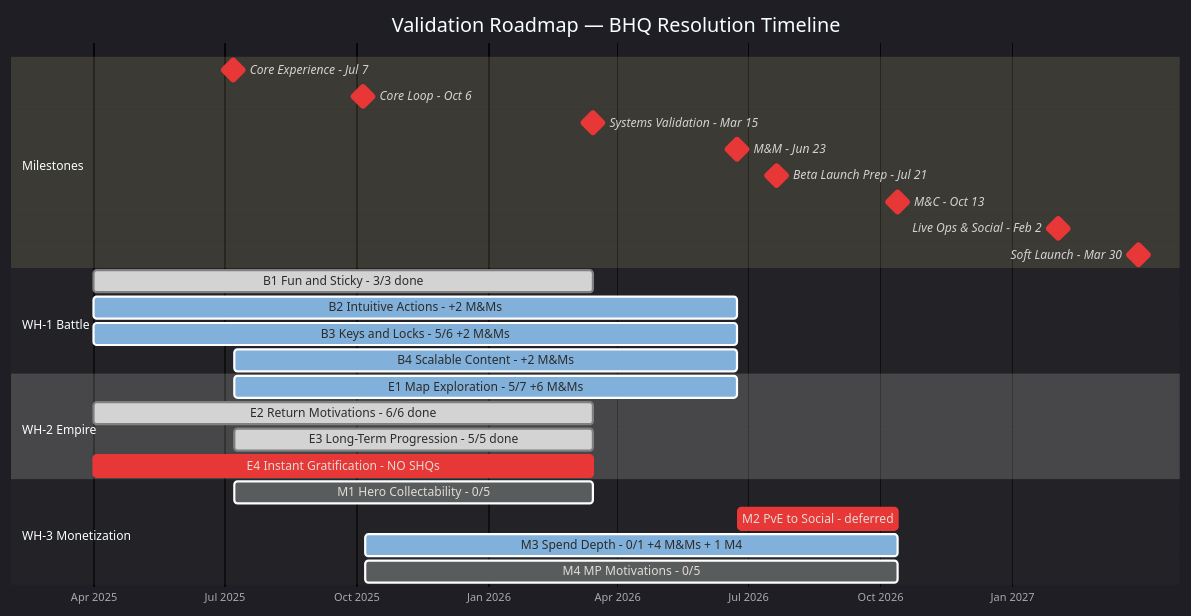
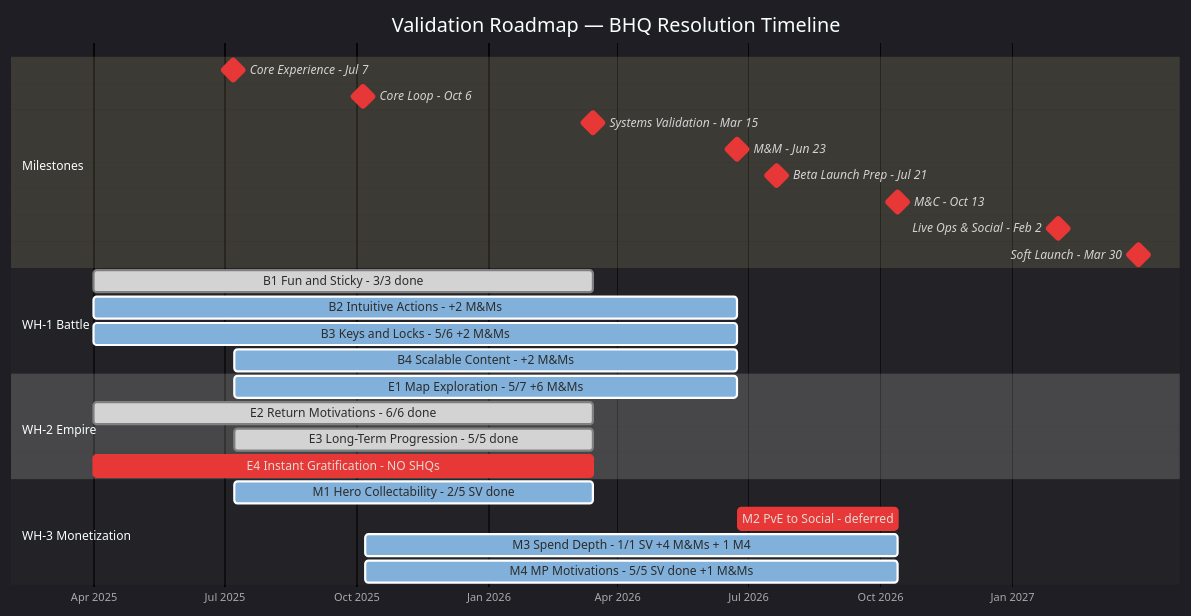
Before and after one commit to timwilliams-prod/proj-chimera-documentation-brain: the first of 2 diagrams in planning/ValidationPlan.md, drawn with Mermaid. The commit also changed other lines of this file and 1 other file, not shown here.

````diff
--- a/planning/ValidationPlan.md
+++ b/planning/ValidationPlan.md
@@ -63,37 +63,37 @@
 ```mermaid
 %%{init: {'theme': 'dark'}}%%
 gantt
     title Validation Roadmap — BHQ Resolution Timeline
     dateFormat YYYY-MM-DD
     axisFormat %b %Y
     tickInterval 3month
 
     section Milestones
     Core Experience - Jul 7          :crit, milestone, 2025-07-07, 0d
     Core Loop - Oct 6                :crit, milestone, 2025-10-06, 0d
     Systems Validation - Mar 15      :crit, milestone, 2026-03-15, 0d
     M&M - Jun 23                     :crit, milestone, 2026-06-23, 0d
     Beta Launch Prep - Jul 21        :crit, milestone, 2026-07-21, 0d
     M&C - Oct 13                     :crit, milestone, 2026-10-13, 0d
     Live Ops & Social - Feb 2        :crit, milestone, 2027-02-02, 0d
     Soft Launch - Mar 30             :crit, milestone, 2027-03-30, 0d
 
     section WH-1 Battle
     B1 Fun and Sticky - 3/3 done          :done, 2025-04-01, 2026-03-15
     B2 Intuitive Actions - +2 M&Ms        :active, 2025-04-01, 2026-06-23
     B3 Keys and Locks - 5/6 +2 M&Ms       :active, 2025-04-01, 2026-06-23
     B4 Scalable Content - +2 M&Ms         :active, 2025-07-08, 2026-06-23
 
     section WH-2 Empire
     E1 Map Exploration - 5/7 +6 M&Ms      :active, 2025-07-08, 2026-06-23
     E2 Return Motivations - 6/6 done      :done, 2025-04-01, 2026-03-15
     E3 Long-Term Progression - 5/5 done   :done, 2025-07-08, 2026-03-15
     E4 Instant Gratification - NO SHQs    :crit, 2025-04-01, 2026-03-15
 
     section WH-3 Monetization
-    M1 Hero Collectability - 0/5          :2025-07-08, 2026-03-15
+    M1 Hero Collectability - 2/5 SV done  :active, 2025-07-08, 2026-03-15
     M2 PvE to Social - deferred           :crit, 2026-06-24, 2026-10-13
-    M3 Spend Depth - 0/1 +4 M&Ms + 1 M4   :active, 2025-10-07, 2026-10-13
-    M4 MP Motivations - 0/5              :2025-10-07, 2026-10-13
+    M3 Spend Depth - 1/1 SV +4 M&Ms + 1 M4 :active, 2025-10-07, 2026-10-13
+    M4 MP Motivations - 5/5 SV done +1 M&Ms :active, 2025-10-07, 2026-10-13
 
 ```
````
